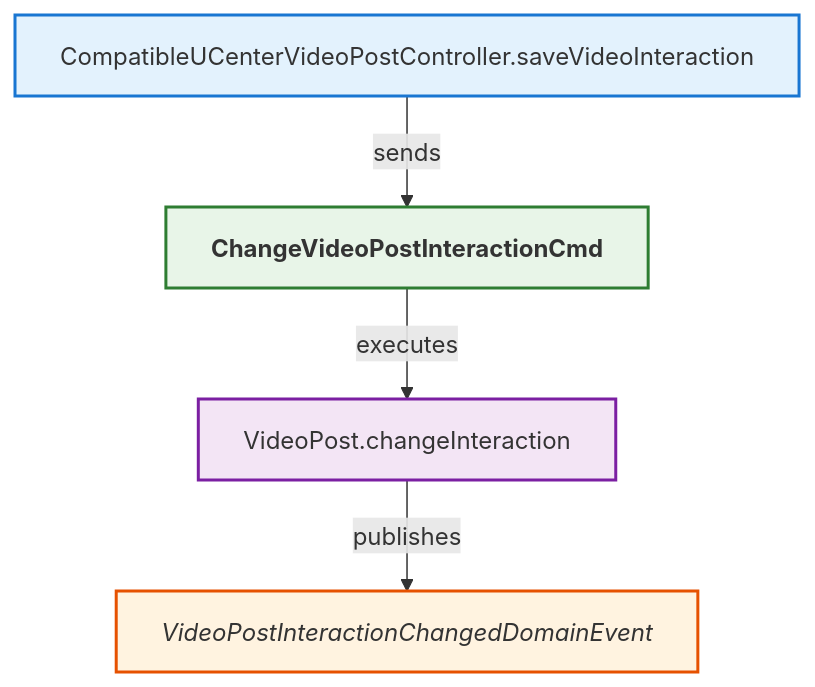
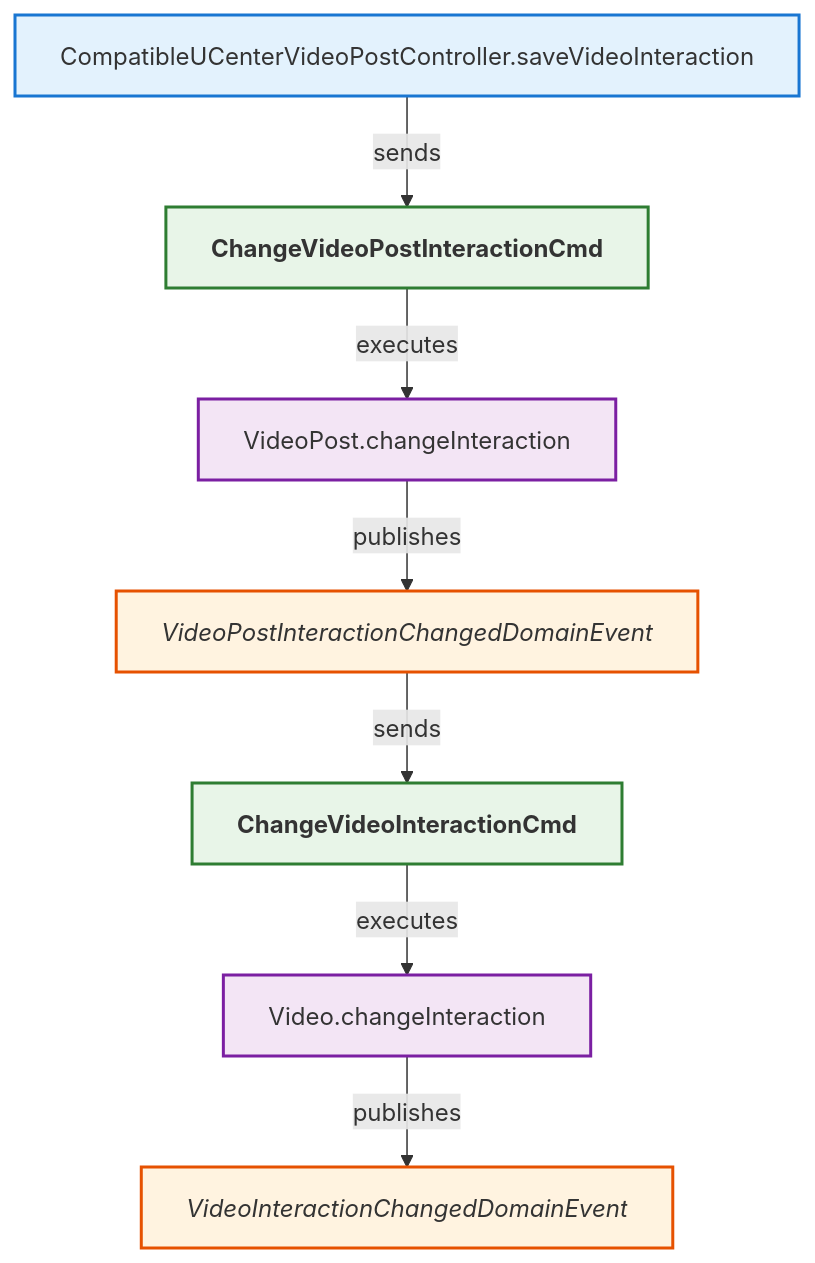
Before and after one commit to LDmoxeii/only-danmuku: the diagram in analysis/CompatibleUCenterVideoPostController_saveVideoInteraction.mmd, drawn with Mermaid. The commit also changed 4 other files, not shown here.

Commit message:
feat(video): 新增视频互动信息变更领域事件- 在Video实体中新增changeInteraction方法，用于修改互动设置并发布领域事件 - 新增VideoInteractionChangedDomainEvent领域事件类，标识视频互动信息已更改 - 新增VideoInteractionChangedDomainEventSubscriber事件订阅者，用于处理互动信息变更事件 - 更新CompatibleUCenterVideoPostController_saveVideoInteraction流程图，增加互动信息变更相关节点和关系

```diff
--- a/analysis/CompatibleUCenterVideoPostController_saveVideoInteraction.mmd
+++ b/analysis/CompatibleUCenterVideoPostController_saveVideoInteraction.mmd
@@ -1,34 +1,45 @@
 flowchart TB
 
     N1["CompatibleUCenterVideoPostController.saveVideoInteraction"]
     class N1 controllermethod;
 
     C1["ChangeVideoPostInteractionCmd"]
     class C1 command;
     A1["VideoPost.changeInteraction"]
     class A1 entitymethod;
     E1["VideoPostInteractionChangedDomainEvent"]
     class E1 domainevent;
 
+    C2["ChangeVideoInteractionCmd"]
+    class C2 command;
+    A2["Video.changeInteraction"]
+    class A2 entitymethod;
+    E2["VideoInteractionChangedDomainEvent"]
+    class E2 domainevent;
+
     %% Relationships
     N1 -->|sends| C1
     C1 -->|executes| A1
     A1 -->|publishes| E1
+
+    E1 -->|sends| C2
+    C2 -->|executes| A2
+    A2 -->|publishes| E2
 
     %% Styles
     classDef controller fill:#e3f2fd,stroke:#1565c0,stroke-width:2px,font-weight:bold;
     classDef controllermethod fill:#e3f2fd,stroke:#1976d2,stroke-width:2px;
     classDef endpoint fill:#e3f2fd,stroke:#42a5f5,stroke-width:2px;
     classDef commandsender fill:#e3f2fd,stroke:#1565c0,stroke-width:2px,font-style:italic;
     classDef commandsendermethod fill:#e3f2fd,stroke:#1976d2,stroke-width:2px,font-style:italic;
     classDef command fill:#e8f5e8,stroke:#2e7d32,stroke-width:2px,font-weight:bold;
     classDef commandhandler fill:#e8f5e8,stroke:#388e3c,stroke-width:2px,font-weight:bold;
     classDef aggregate fill:#fff8e1,stroke:#ff8f00,stroke-width:3px,font-weight:bold;
     classDef entitymethod fill:#f3e5f5,stroke:#7b1fa2,stroke-width:2px;
     classDef domainevent fill:#fff3e0,stroke:#e65100,stroke-width:2px,font-style:italic;
     classDef domaineventhandler fill:#fff3e0,stroke:#ef6c00,stroke-width:2px,font-weight:bold;
     classDef integrationevent fill:#fce4ec,stroke:#880e4f,stroke-width:2px;
     classDef integrationeventhandler fill:#fce4ec,stroke:#ad1457,stroke-width:2px,font-weight:bold;
     classDef integrationeventconverter fill:#e3f2fd,stroke:#0277bd,stroke-width:2px;
     classDef repo fill:#d6dbdf,stroke:#85929e,stroke-width:2px;
     classDef uow fill:#f2f4f4,stroke:#7f8c8d,stroke-width:2px;
```
